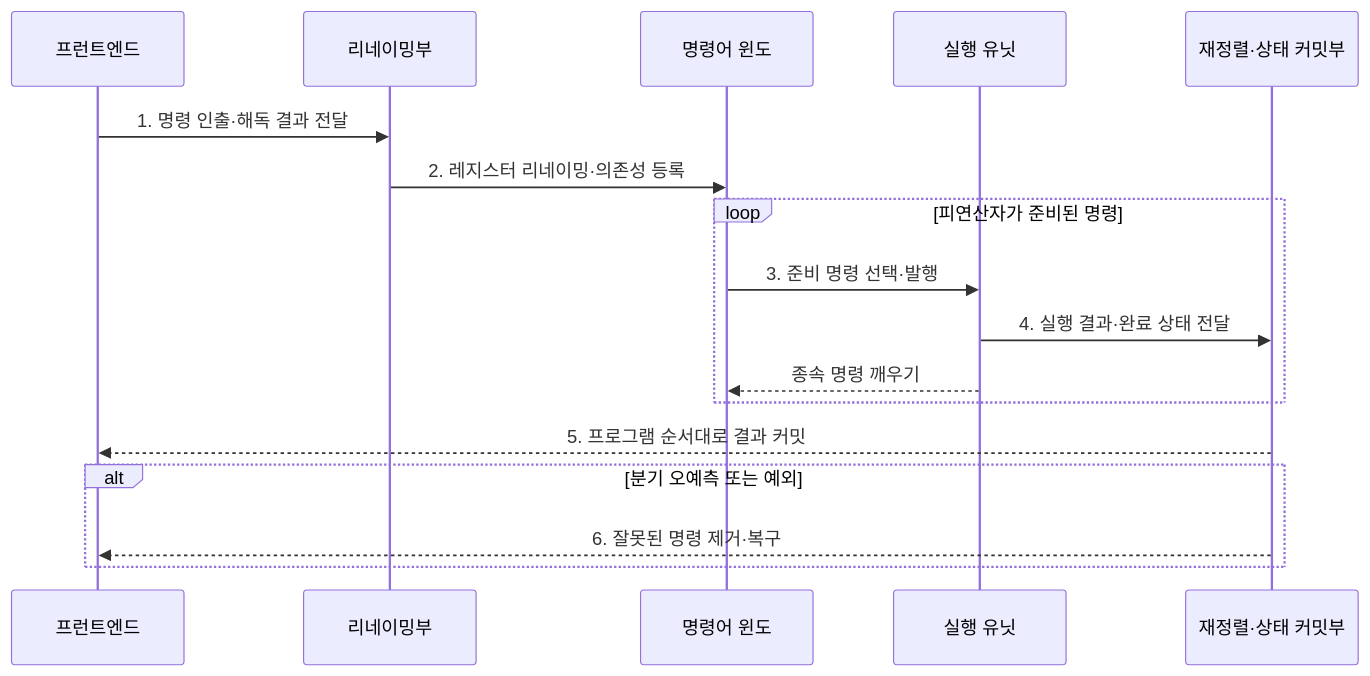
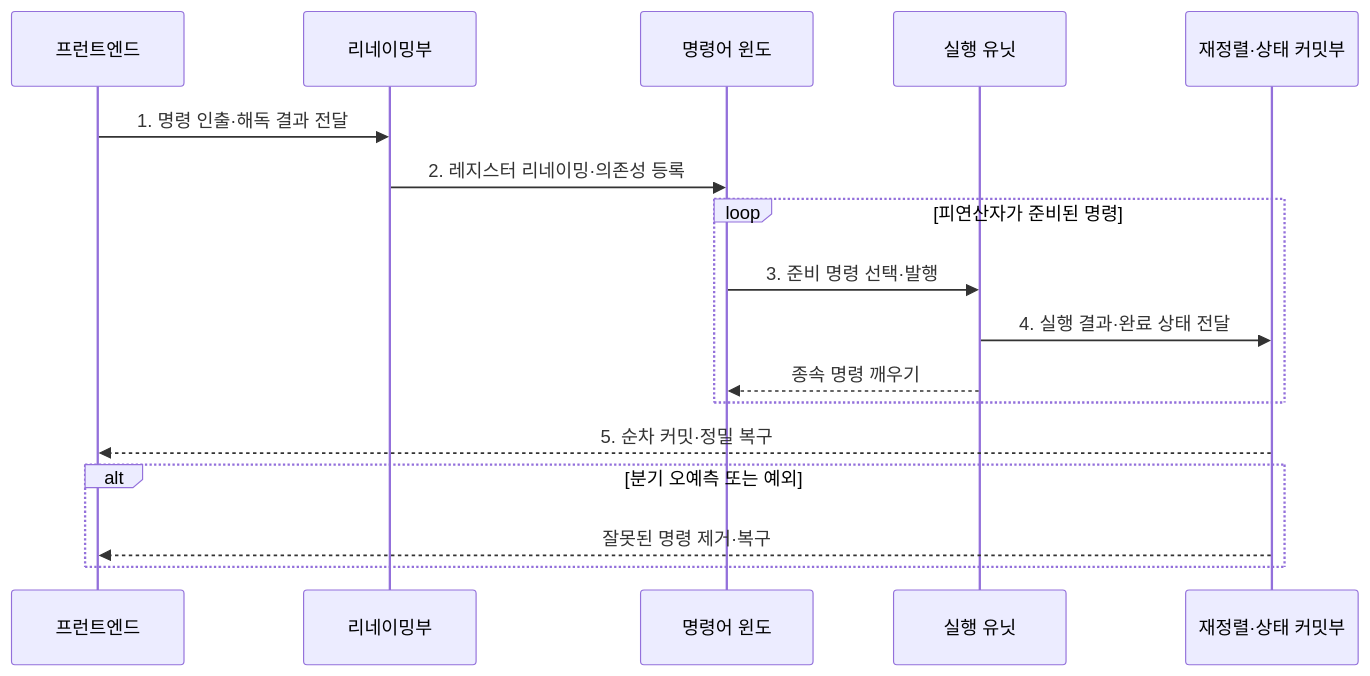
One commit to agnusdei1207/knowledge-base changed the second of 2 diagrams in src/content/docs/notes/02-hardware/009_instruction_level_parallelism.md. Above: the diagram before and after it, drawn with Mermaid. The commit also changed other lines of this file and 19 other files, not shown here.

````diff
--- a/src/content/docs/notes/02-hardware/009_instruction_level_parallelism.md
+++ b/src/content/docs/notes/02-hardware/009_instruction_level_parallelism.md
@@ -96,20 +98,20 @@
 ```mermaid
 sequenceDiagram
     participant F as 프런트엔드
     participant N as 리네이밍부
     participant W as 명령어 윈도
     participant E as 실행 유닛
     participant C as 재정렬·상태 커밋부
 
     F->>N: 1. 명령 인출·해독 결과 전달
     N->>W: 2. 레지스터 리네이밍·의존성 등록
     loop 피연산자가 준비된 명령
         W->>E: 3. 준비 명령 선택·발행
         E->>C: 4. 실행 결과·완료 상태 전달
         E-->>W: 종속 명령 깨우기
     end
-    C-->>F: 5. 프로그램 순서대로 결과 커밋
+    C-->>F: 5. 순차 커밋·정밀 복구
     alt 분기 오예측 또는 예외
-        C-->>F: 6. 잘못된 명령 제거·복구
+        C-->>F: 잘못된 명령 제거·복구
     end
 ```
````
